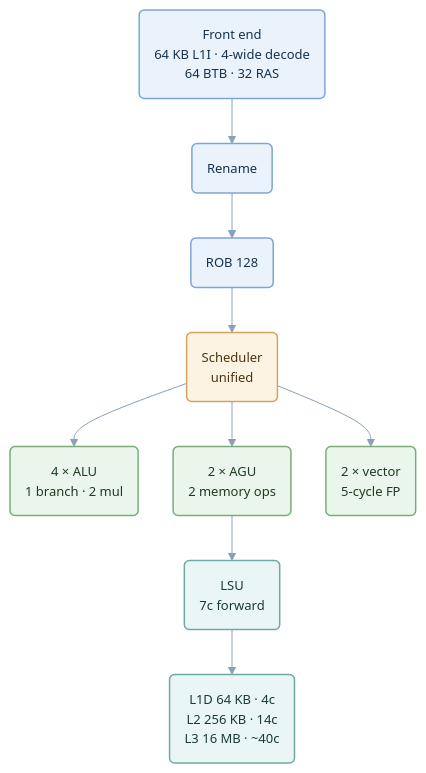
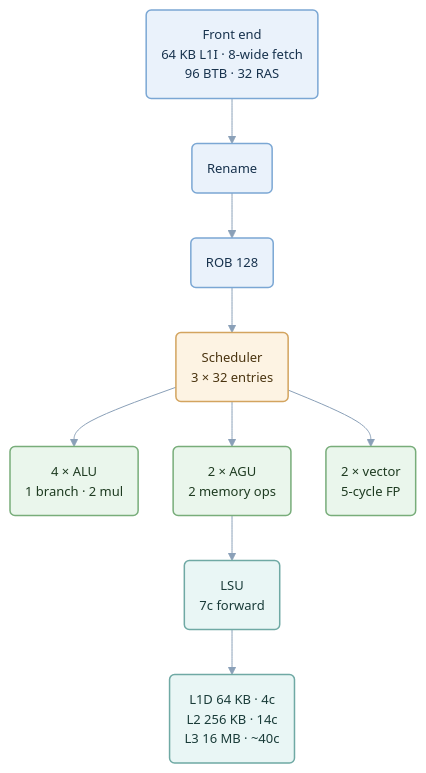
The second of 2 diagrams in docs/microarchitecture/block-diagram.md (jiegec/unofficial-loongarch-software-optimization-guide), drawn with Mermaid before and after one commit. The commit also changed other lines of this file and 2 other files, not shown here.

````diff
--- a/docs/microarchitecture/block-diagram.md
+++ b/docs/microarchitecture/block-diagram.md
@@ -67,29 +67,29 @@
 ```mermaid
 %%{init: {"theme":"base","flowchart":{"curve":"basis","nodeSpacing":35,"rankSpacing":45},"themeVariables":{"fontFamily":"Inter, Helvetica, Arial, sans-serif","fontSize":"13px","lineColor":"#8aa0b8","primaryTextColor":"#1f2937"}}}%%
 flowchart TB
-  FE("Front end<br/>64 KB L1I · 4-wide decode<br/>64 BTB · 32 RAS")
+  FE("Front end<br/>64 KB L1I · 8-wide fetch<br/>96 BTB · 32 RAS")
   REN("Rename")
   ROB("ROB 128")
-  SCH("Scheduler<br/>unified")
+  SCH("Scheduler<br/>3 × 32 entries")
   ALU("4 × ALU<br/>1 branch · 2 mul")
   AGU("2 × AGU<br/>2 memory ops")
   FPV("2 × vector<br/>5-cycle FP")
   LSU("LSU<br/>7c forward")
   MEM("L1D 64 KB · 4c<br/>L2 256 KB · 14c<br/>L3 16 MB · ~40c")
 
   FE --> REN --> ROB --> SCH
   SCH --> ALU
   SCH --> AGU
   SCH --> FPV
   AGU --> LSU --> MEM
 
   classDef fe fill:#eaf2fb,stroke:#7ba7d4,stroke-width:1.5px,color:#17324d
   classDef be fill:#f2edfa,stroke:#9a86c4,stroke-width:1.5px,color:#2e2450
   classDef sc fill:#fdf3e3,stroke:#d3a45f,stroke-width:1.5px,color:#4a3410
   classDef ex fill:#eaf6ec,stroke:#78ad7a,stroke-width:1.5px,color:#1e3b21
   classDef mem fill:#e9f6f5,stroke:#6fa9a4,stroke-width:1.5px,color:#193b38
   class FE,REN,ROB fe
   class SCH sc
   class ALU,AGU,FPV ex
   class LSU,MEM mem
 ```
````
